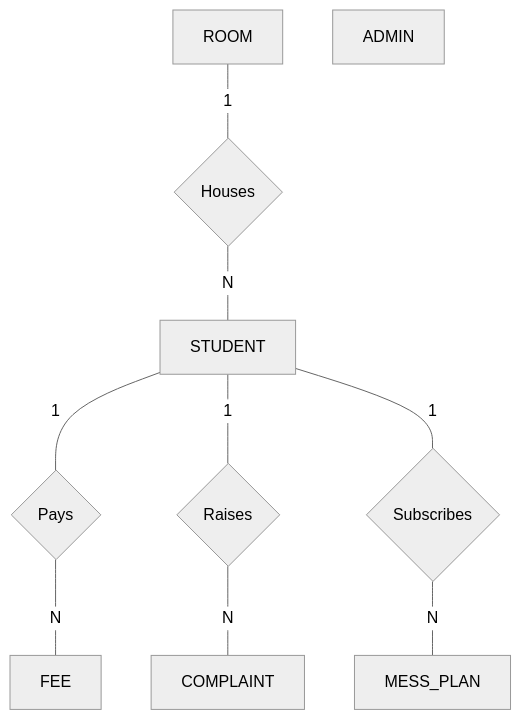
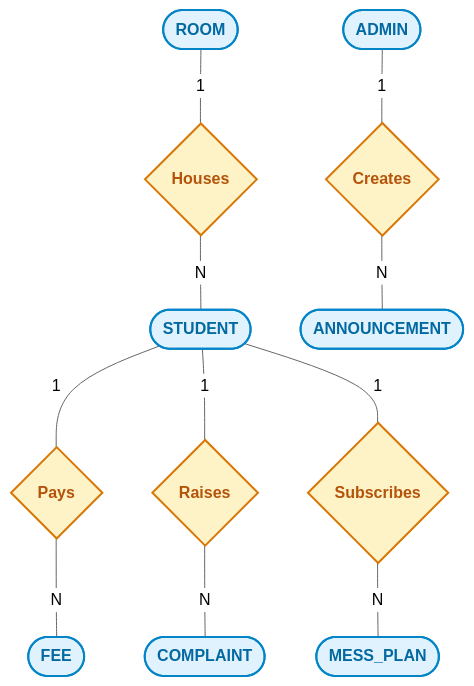
One commit to arunkumarmeda27/Hostel-Management-System changed the first of 2 diagrams in README.md. Above: the diagram before and after it, drawn with Mermaid (neutral theme). The commit also changed other lines of this file and 37 other files, not shown here.

Commit message:
Fix login reactive authentication and update database ER diagrams in README

````diff
--- a/README.md
+++ b/README.md
@@ -22,22 +22,32 @@
 ```mermaid
 flowchart TD
     %% Entities
-    S[STUDENT]
-    R[ROOM]
-    F[FEE]
-    C[COMPLAINT]
-    M[MESS_PLAN]
-    A[ADMIN]
+    S([STUDENT])
+    R([ROOM])
+    F([FEE])
+    C([COMPLAINT])
+    M([MESS_PLAN])
+    A([ADMIN])
+    AN([ANNOUNCEMENT])
 
     %% Relationships
     H{Houses}
     P{Pays}
     R_C{Raises}
     Sub{Subscribes}
+    Cr{Creates}
 
     %% Connections
     R ---|1| H ---|N| S
     S ---|1| P ---|N| F
     S ---|1| R_C ---|N| C
     S ---|1| Sub ---|N| M
+    A ---|1| Cr ---|N| AN
+    
+    %% Premium harmonious color palettes for professional look
+    classDef entity fill:#e0f2fe,stroke:#0284c7,stroke-width:2px,color:#0369a1,font-weight:bold;
+    classDef relation fill:#fef3c7,stroke:#d97706,stroke-width:2px,color:#b45309,font-weight:bold;
+    
+    class S,R,F,C,M,A,AN entity;
+    class H,P,R_C,Sub,Cr relation;
 ```
````
